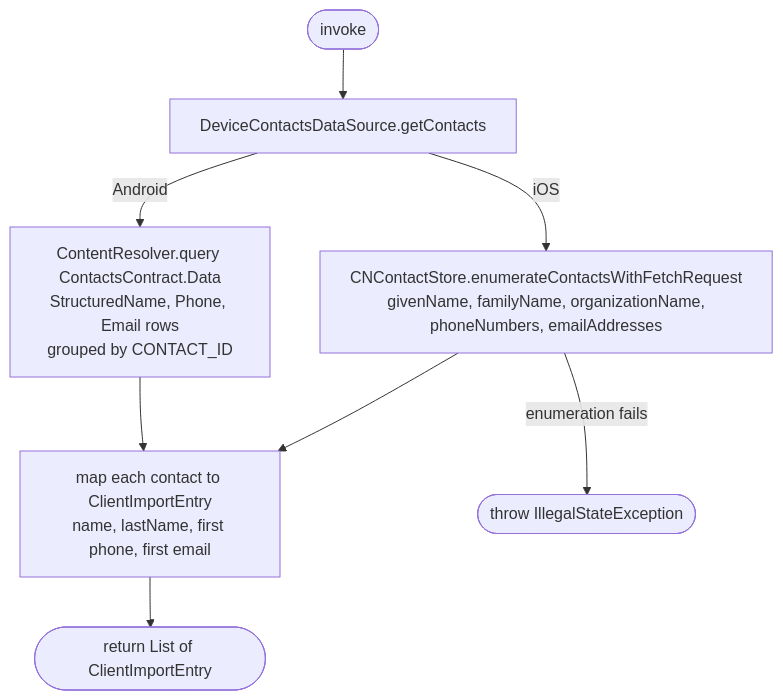
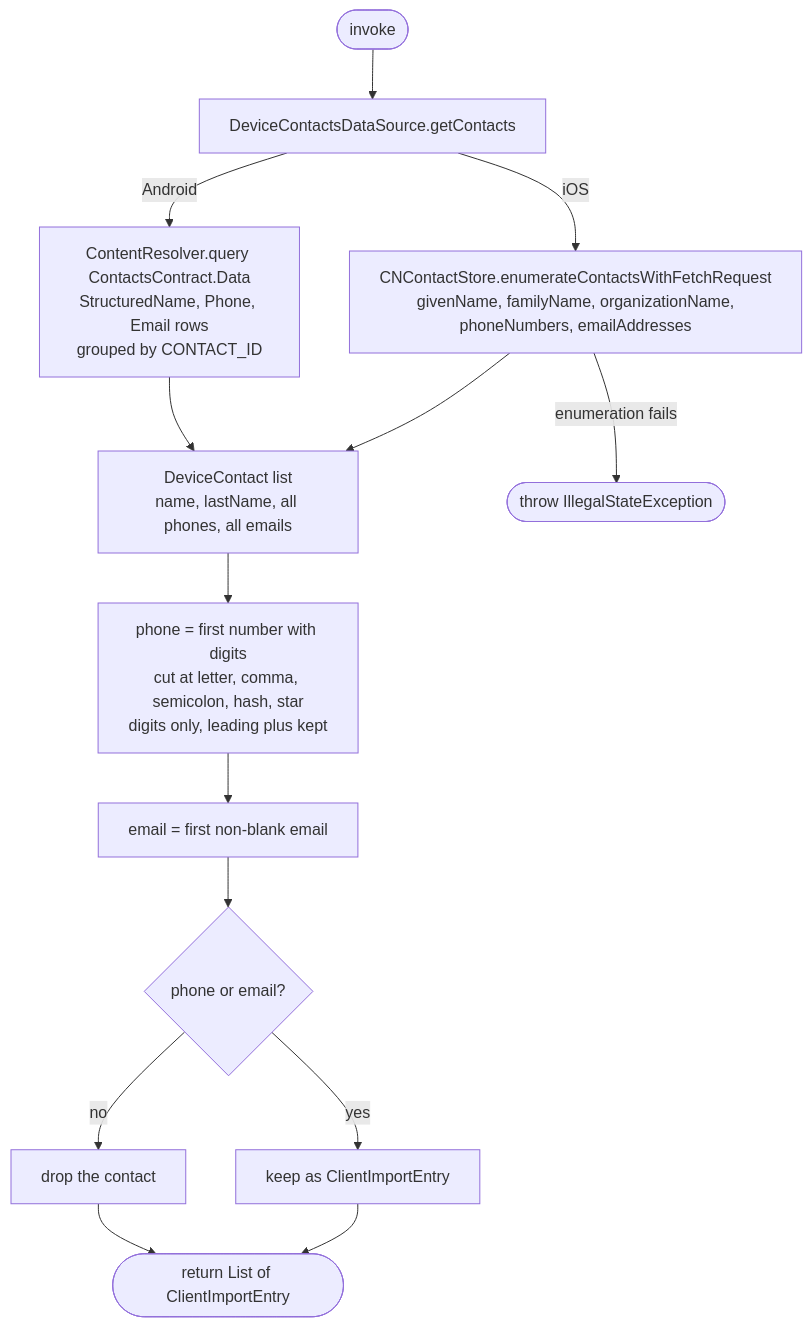
Before and after one commit to nocturneproperties/bookkme-client: the diagram in docs/operations/clients/get-device-contacts.md, drawn with Mermaid. The commit also changed other lines of this file and 40 other files, not shown here.

````diff
--- a/docs/operations/clients/get-device-contacts.md
+++ b/docs/operations/clients/get-device-contacts.md
@@ -25,10 +38,16 @@
 ```mermaid
 flowchart TD
     Start([invoke]) --> Read[DeviceContactsDataSource.getContacts]
     Read -- Android --> CR[ContentResolver.query ContactsContract.Data<br/>StructuredName, Phone, Email rows<br/>grouped by CONTACT_ID]
     Read -- iOS --> CN[CNContactStore.enumerateContactsWithFetchRequest<br/>givenName, familyName, organizationName,<br/>phoneNumbers, emailAddresses]
-    CR --> Map[map each contact to ClientImportEntry<br/>name, lastName, first phone, first email]
-    CN --> Map
+    CR --> Contacts[DeviceContact list<br/>name, lastName, all phones, all emails]
+    CN --> Contacts
     CN -- enumeration fails --> EX([throw IllegalStateException])
-    Map --> R([return List of ClientImportEntry])
+    Contacts --> Phone[phone = first number with digits<br/>cut at letter, comma, semicolon, hash, star<br/>digits only, leading plus kept]
+    Phone --> Email[email = first non-blank email]
+    Email --> Has{phone or email?}
+    Has -- no --> Drop[drop the contact]
+    Has -- yes --> Keep[keep as ClientImportEntry]
+    Drop --> R([return List of ClientImportEntry])
+    Keep --> R
 ```
````
